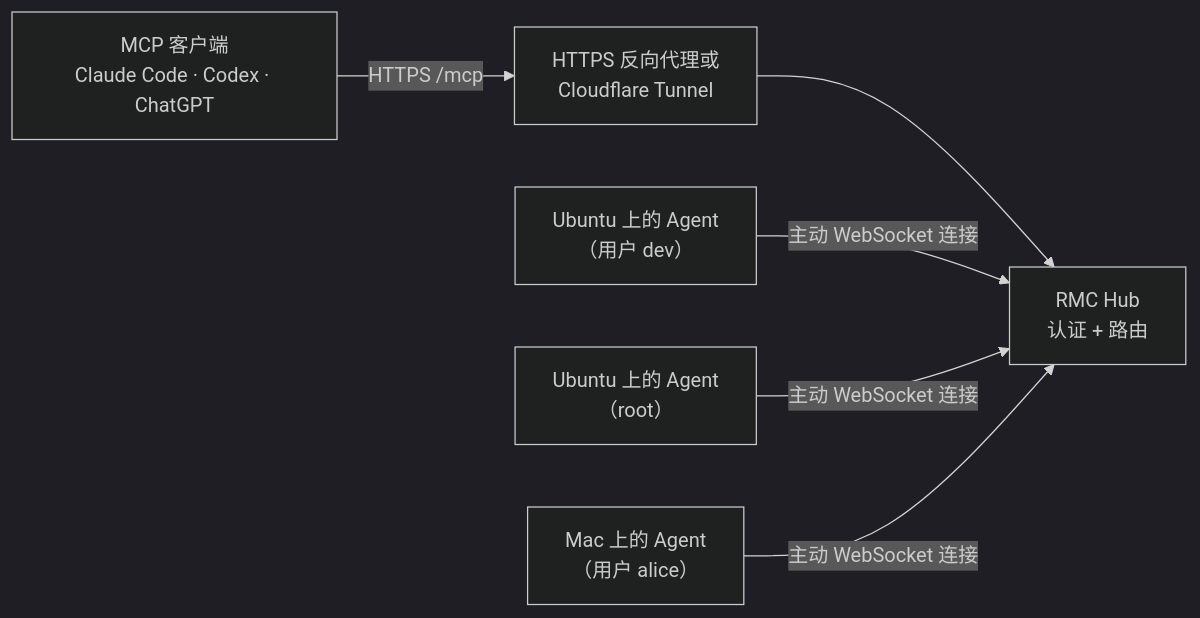
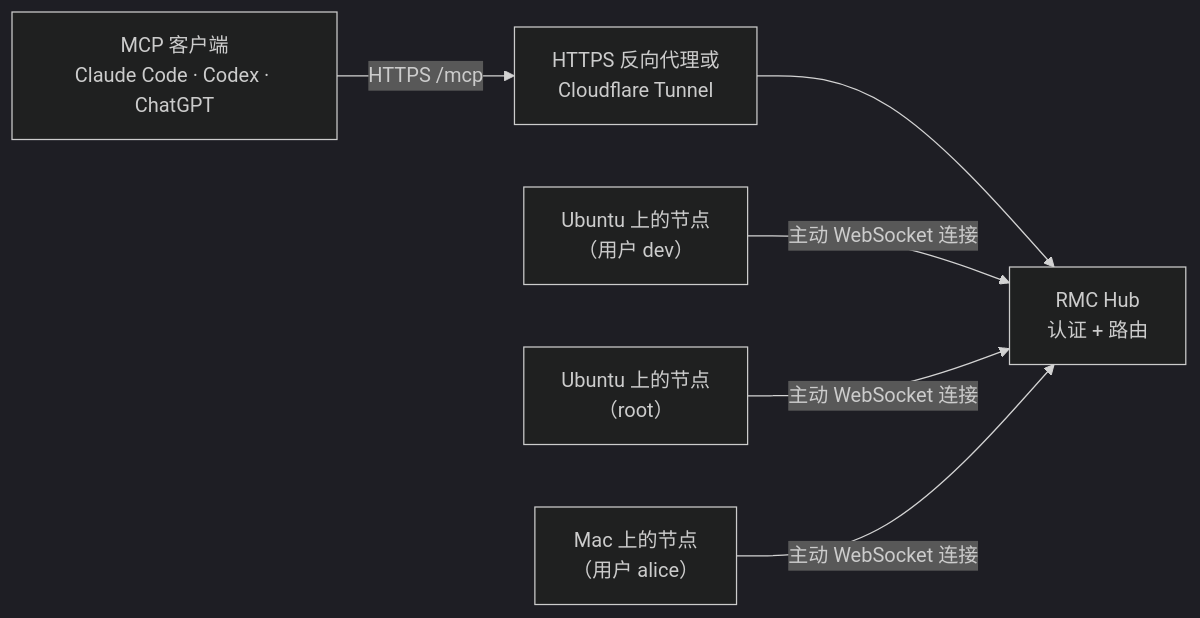
One commit to soren-labs/hostmcp changed the diagram in README.zh-CN.md. Above: the diagram before and after it, drawn with Mermaid (dark theme). The commit also changed other lines of this file and 14 other files, not shown here.

````diff
--- a/README.zh-CN.md
+++ b/README.zh-CN.md
@@ -46,8 +48,8 @@
 ```mermaid
 flowchart LR
     C["MCP 客户端<br/>Claude Code · Codex · ChatGPT"] -->|"HTTPS /mcp"| E["HTTPS 反向代理或<br/>Cloudflare Tunnel"]
     E --> H["RMC Hub<br/>认证 + 路由"]
-    A1["Ubuntu 上的 Agent<br/>（用户 dev）"] -->|"主动 WebSocket 连接"| H
-    A2["Ubuntu 上的 Agent<br/>（root）"] -->|"主动 WebSocket 连接"| H
-    A3["Mac 上的 Agent<br/>（用户 alice）"] -->|"主动 WebSocket 连接"| H
+    A1["Ubuntu 上的节点<br/>（用户 dev）"] -->|"主动 WebSocket 连接"| H
+    A2["Ubuntu 上的节点<br/>（root）"] -->|"主动 WebSocket 连接"| H
+    A3["Mac 上的节点<br/>（用户 alice）"] -->|"主动 WebSocket 连接"| H
 ```
````
